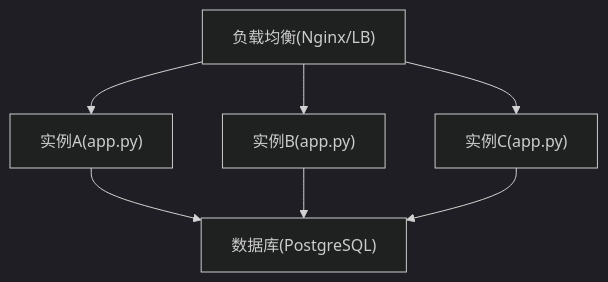
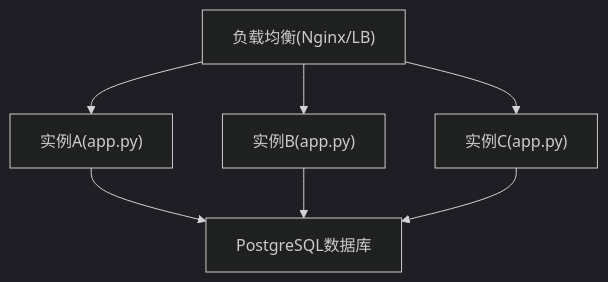
Before and after one commit to abokyoy/LectureLearnLoop: the ninth of 14 diagrams in .qoder/repowiki/zh/content/部署运维.md, drawn with Mermaid (dark theme). The commit also changed other lines of this file and 91 other files, not shown here.

````diff
--- a/.qoder/repowiki/zh/content/部署运维.md
+++ b/.qoder/repowiki/zh/content/部署运维.md
@@ -349,14 +303,14 @@
 ```mermaid
 graph TB
 LB["负载均衡(Nginx/LB)"]
 InstA["实例A(app.py)"]
 InstB["实例B(app.py)"]
 InstC["实例C(app.py)"]
-DB["数据库(PostgreSQL)"]
+PG["PostgreSQL数据库"]
 LB --> InstA
 LB --> InstB
 LB --> InstC
-InstA --> DB
-InstB --> DB
-InstC --> DB
+InstA --> PG
+InstB --> PG
+InstC --> PG
 ```
````
